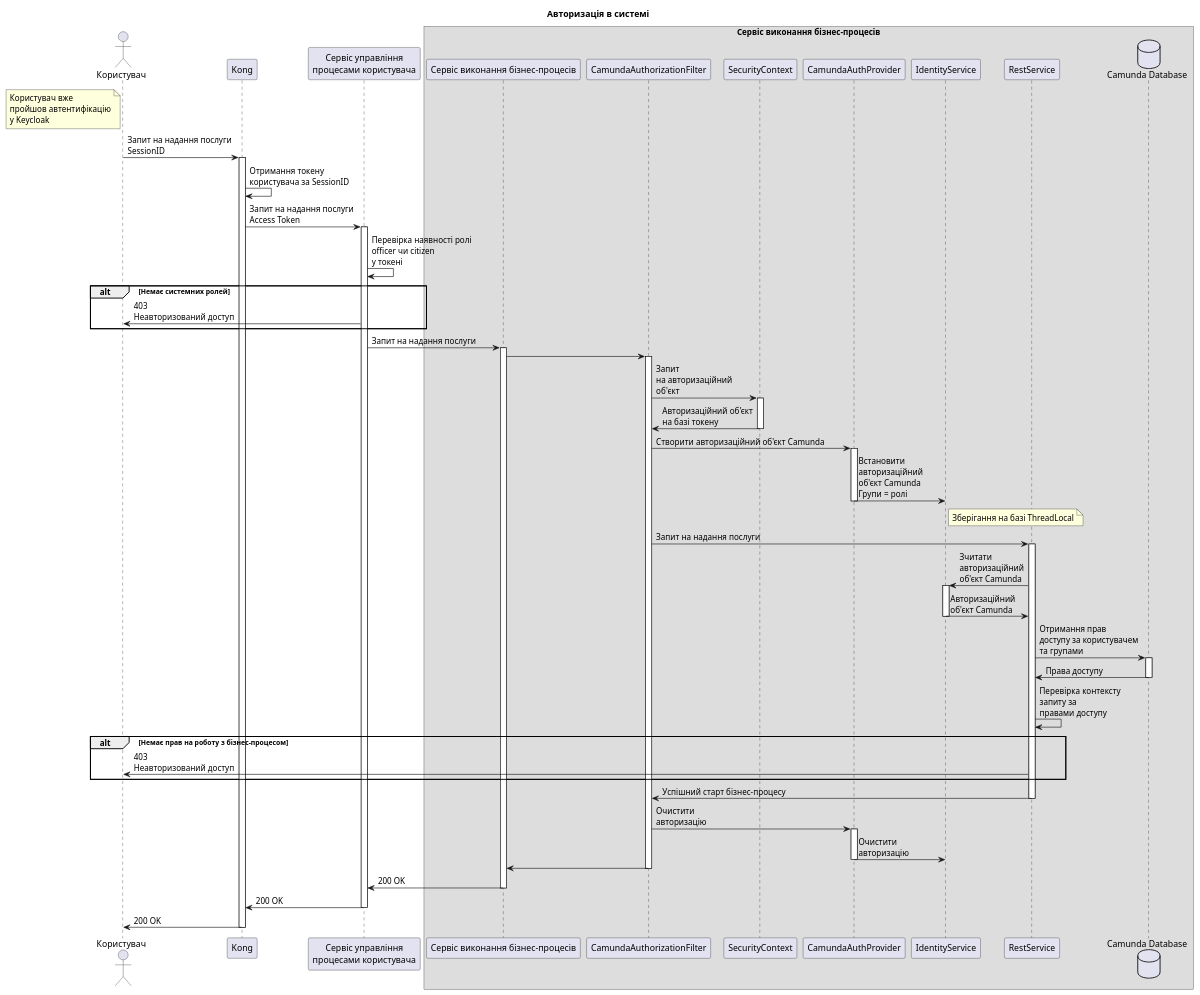
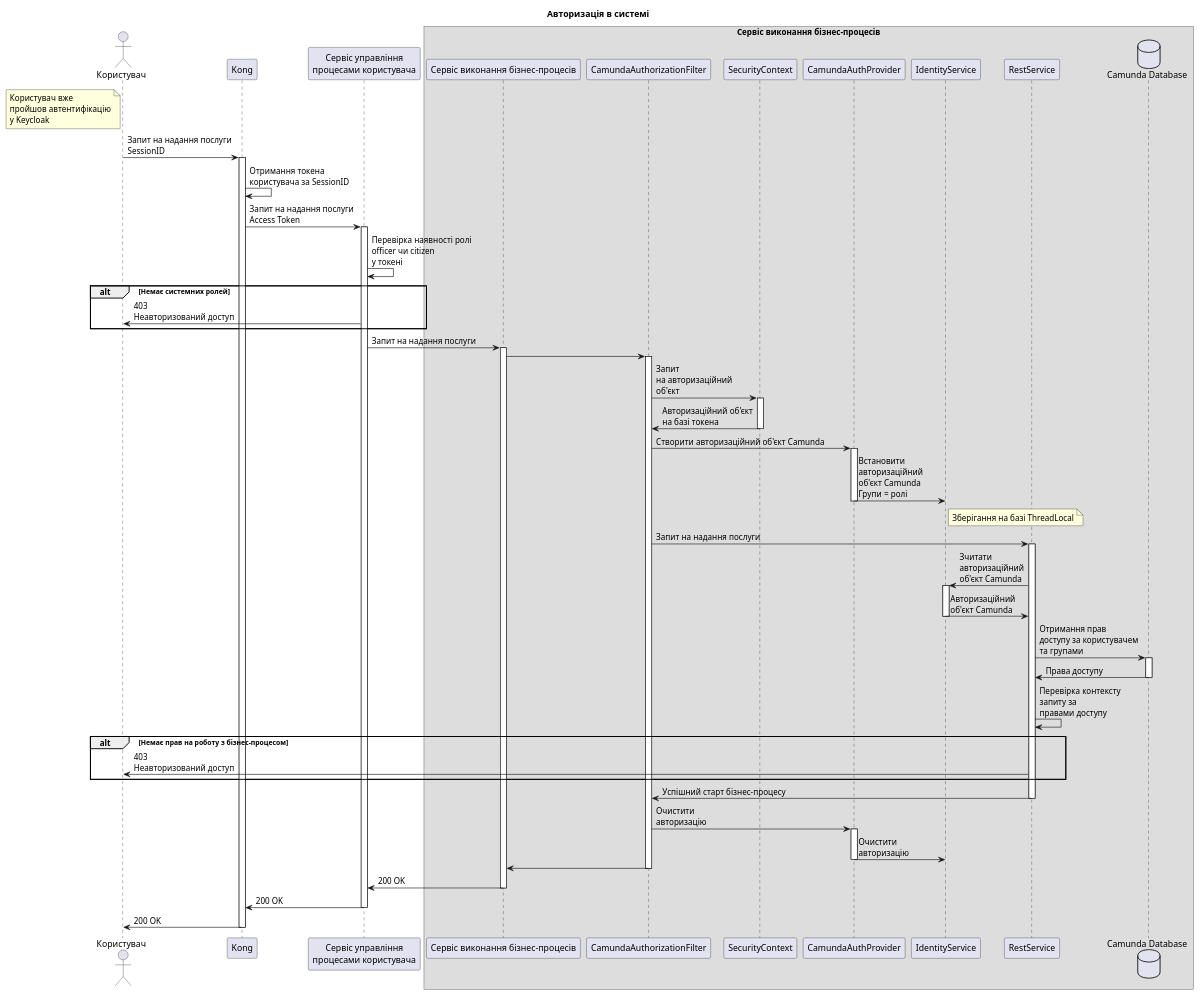
The diagram in modules/ROOT/partials/lowcode/auth-flow.puml (epam/edp-ddm-architecture), drawn with PlantUML before and after one commit. The commit also changed 2 other files, not shown here.

```diff
--- a/modules/ROOT/partials/lowcode/auth-flow.puml
+++ b/modules/ROOT/partials/lowcode/auth-flow.puml
@@ -1,77 +1,77 @@
 @startuml
 actor "Користувач" as user
 participant "Kong" as kong
 participant "Сервіс управління\nпроцесами користувача" as user_process_mng
 box "Сервіс виконання бізнес-процесів"
 participant "Сервіс виконання бізнес-процесів" as bpms
 participant "CamundaAuthorizationFilter" as filter
 participant "SecurityContext" as context
 participant "CamundaAuthProvider" as provider
 participant "IdentityService" as identityService
 participant "RestService" as restService
 database "Camunda Database" as db
 
 skinparam responseMessageBelowArrow true
 
 title Авторизація в системі
 
 note left of user : Користувач вже \nпройшов автентифікацію\nу Keycloak
 user -> kong : Запит на надання послуги\nSessionID
 activate kong
-kong -> kong : Отримання токену\nкористувача за SessionID
+kong -> kong : Отримання токена\nкористувача за SessionID
 kong -> user_process_mng : Запит на надання послуги\nAccess Token
 activate user_process_mng
 user_process_mng -> user_process_mng : Перевірка наявності ролі\nofficer чи citizen\nу токені
 alt Немає системних ролей
 user_process_mng -> user : 403\nНеавторизований доступ
 end
 user_process_mng -> bpms : Запит на надання послуги
 activate bpms
 bpms -> filter
 activate filter
 filter -> context : Запит\nна авторизаційний\nоб'єкт
 activate context
-context -> filter : Авторизаційний об'єкт\nна базі токену
+context -> filter : Авторизаційний об'єкт\nна базі токена
 deactivate context
 filter -> provider : Створити авторизаційний об'єкт Camunda
 activate provider
 provider -> identityService : Встановити\nавторизаційний\nоб'єкт Camunda\nГрупи = ролі
 deactivate provider
 note right of identityService : Зберігання на базі ThreadLocal
 deactivate identityService
 filter -> restService : Запит на надання послуги
 activate restService
 restService -> identityService : Зчитати\nавторизаційний\nоб'єкт Camunda
 activate identityService
 identityService -> restService : Авторизаційний\nоб'єкт Camunda
 deactivate identityService
 restService -> db : Отримання прав\nдоступу за користувачем\nта групами
 activate db
 db -> restService : Права доступу
 deactivate db
 restService -> restService : Перевірка контексту\nзапиту за\nправами доступу
 alt Немає прав на роботу з бізнес-процесом
 restService -> user : 403\nНеавторизований доступ
 
 end
 restService -> filter : Успішний старт бізнес-процесу
 deactivate restService
 filter -> provider : Очистити\nавторизацію
 activate provider
 provider -> identityService : Очистити\nавторизацію
 deactivate provider
 filter -> bpms
 deactivate filter
 bpms -> user_process_mng : 200 OK
 deactivate bpms
 user_process_mng -> kong : 200 OK
 deactivate user_process_mng
 kong -> user : 200 OK
 deactivate kong
 
 
 
 
 
 
 @enduml
```
